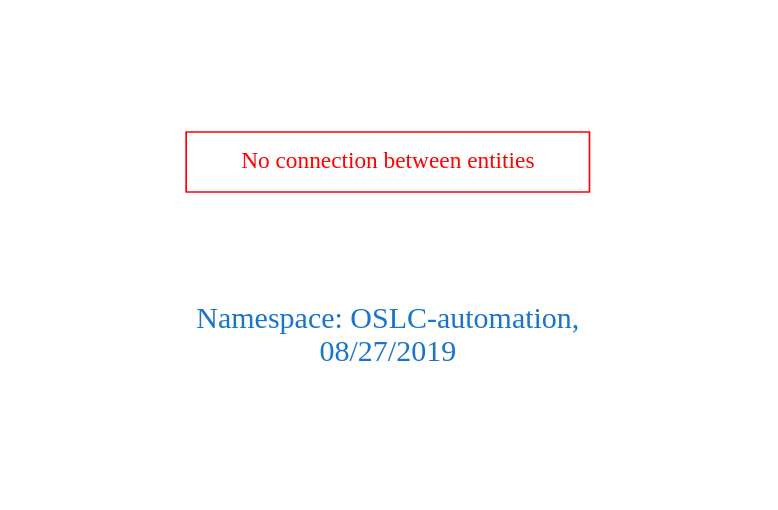
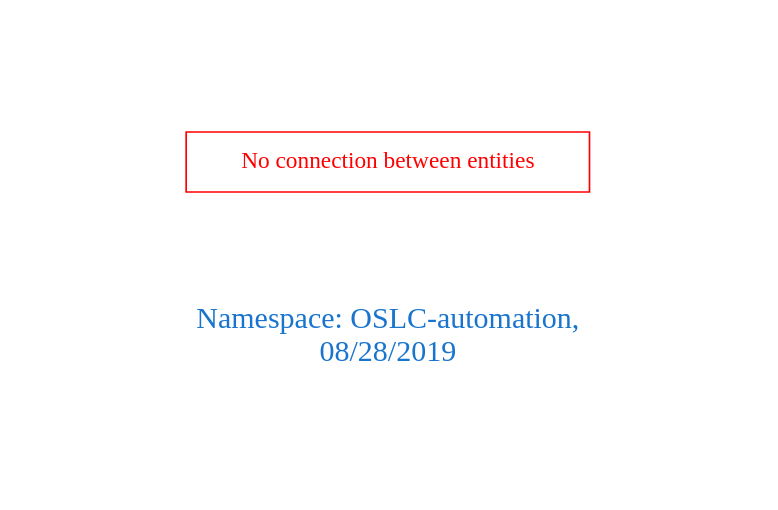
Before and after one commit to arago/OGIT: the diagram in downloads/OSLC-automation.dot, drawn with Graphviz. The commit also changed 1527 other files, not shown here.

```diff
--- a/downloads/OSLC-automation.dot
+++ b/downloads/OSLC-automation.dot
@@ -1,9 +1,9 @@
 digraph OGIT_ontology {
  graph [ rankdir= LR,pad=1 
 fontsize = 18,
-fontcolor= dodgerblue3,label = "\n\n\nNamespace: OSLC-automation, \n 08/27/2019"];
+fontcolor= dodgerblue3,label = "\n\n\nNamespace: OSLC-automation, \n 08/28/2019"];
 node[shape=polygon];
 edge [  color="gray81"];
 
 "No connection between entities" [fontcolor = "red",color="red", shape="polygon"]
 }
```
